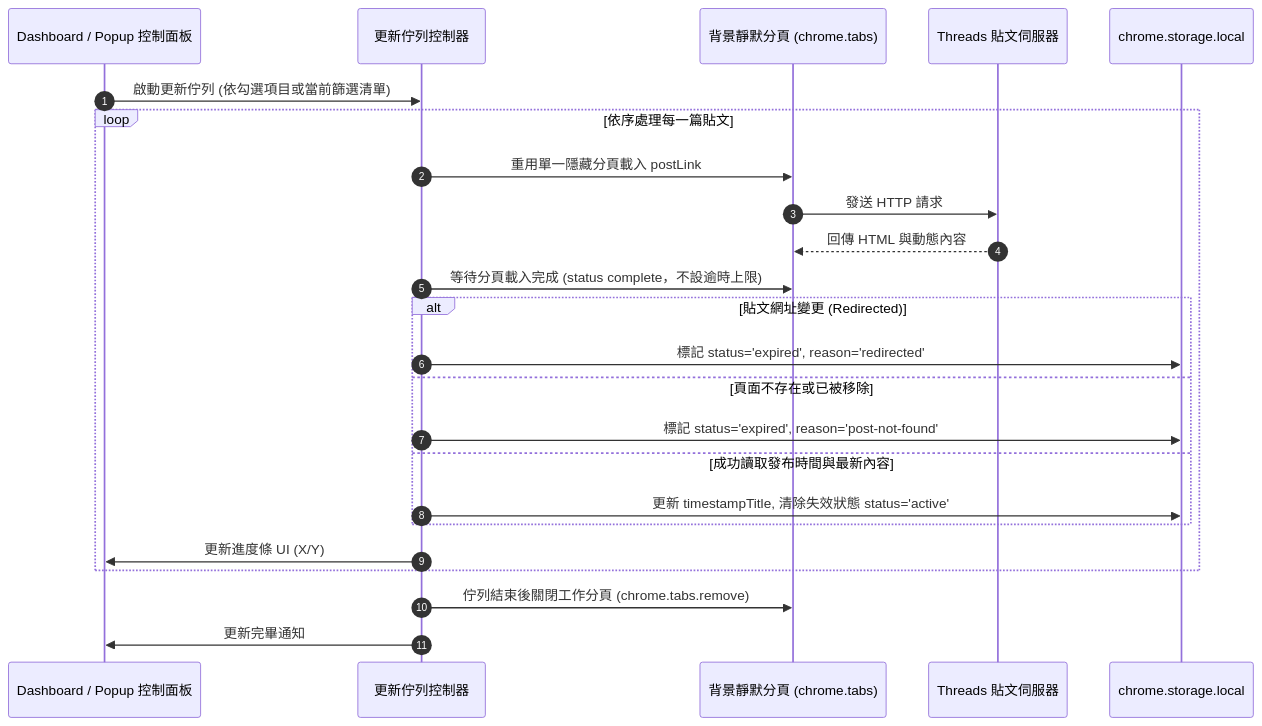
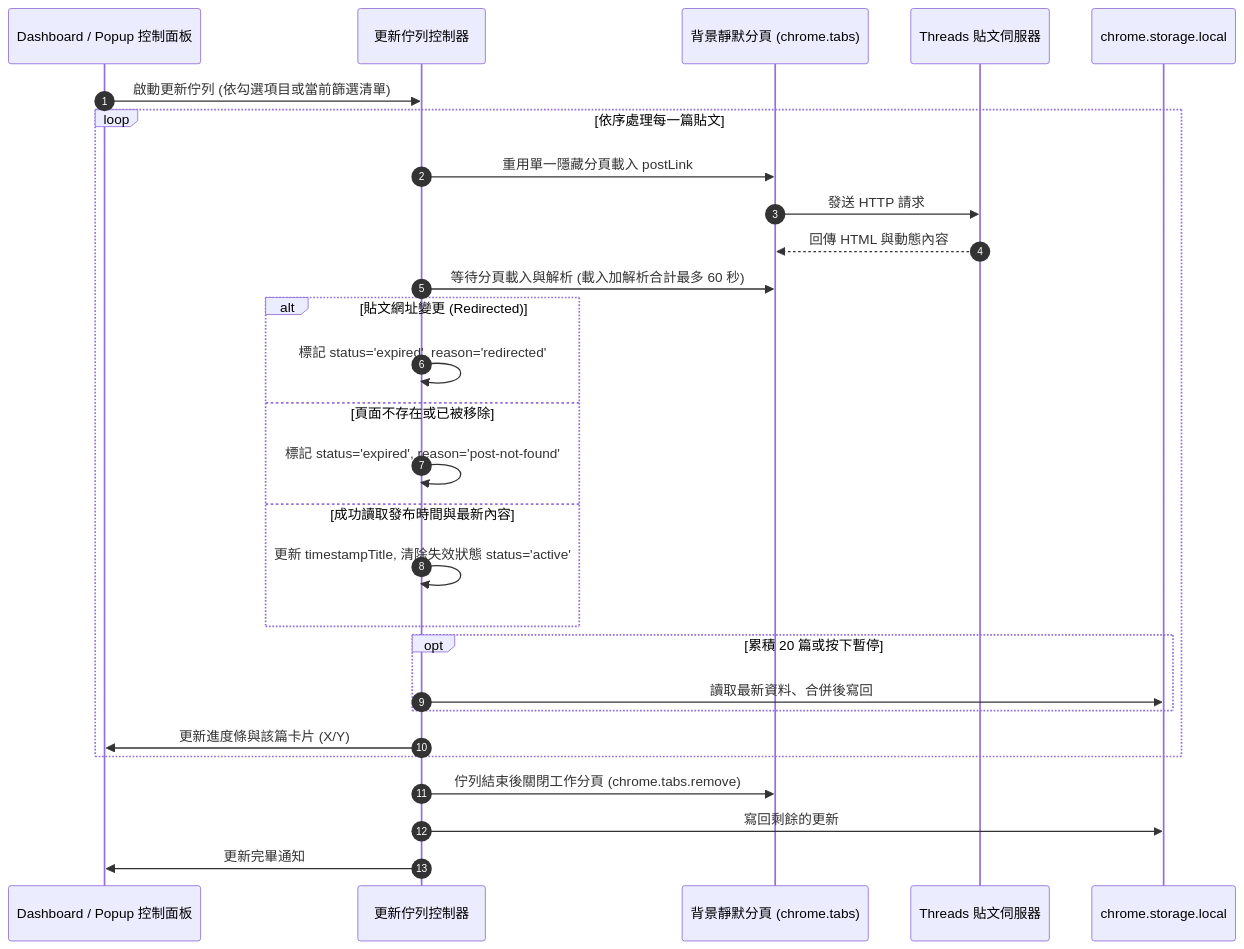
Before and after one commit to Scorpio-meow/Threadkeep: the second of 3 diagrams in README.md, drawn with Mermaid. The commit also changed other lines of this file and 22 other files, not shown here.

````diff
--- a/README.md
+++ b/README.md
@@ -364,27 +368,31 @@
 ```mermaid
 sequenceDiagram
     autonumber
     participant UI as Dashboard / Popup 控制面板
     participant Queue as 更新佇列控制器
     participant Tab as 背景靜默分頁 (chrome.tabs)
     participant Page as Threads 貼文伺服器
     participant Storage as chrome.storage.local
 
     UI->>Queue: 啟動更新佇列 (依勾選項目或當前篩選清單)
     loop 依序處理每一篇貼文
         Queue->>Tab: 重用單一隱藏分頁載入 postLink
         Tab->>Page: 發送 HTTP 請求
         Page-->>Tab: 回傳 HTML 與動態內容
-        Queue->>Tab: 等待分頁載入完成 (status complete，不設逾時上限)
+        Queue->>Tab: 等待分頁載入與解析 (載入加解析合計最多 60 秒)
         alt 貼文網址變更 (Redirected)
-            Queue->>Storage: 標記 status='expired', reason='redirected'
+            Queue->>Queue: 標記 status='expired', reason='redirected'
         else 頁面不存在或已被移除
-            Queue->>Storage: 標記 status='expired', reason='post-not-found'
+            Queue->>Queue: 標記 status='expired', reason='post-not-found'
         else 成功讀取發布時間與最新內容
-            Queue->>Storage: 更新 timestampTitle, 清除失效狀態 status='active'
+            Queue->>Queue: 更新 timestampTitle, 清除失效狀態 status='active'
         end
-        Queue->>UI: 更新進度條 UI (X/Y)
+        opt 累積 20 篇或按下暫停
+            Queue->>Storage: 讀取最新資料、合併後寫回
+        end
+        Queue->>UI: 更新進度條與該篇卡片 (X/Y)
     end
     Queue->>Tab: 佇列結束後關閉工作分頁 (chrome.tabs.remove)
+    Queue->>Storage: 寫回剩餘的更新
     Queue->>UI: 更新完畢通知
 ```
````
